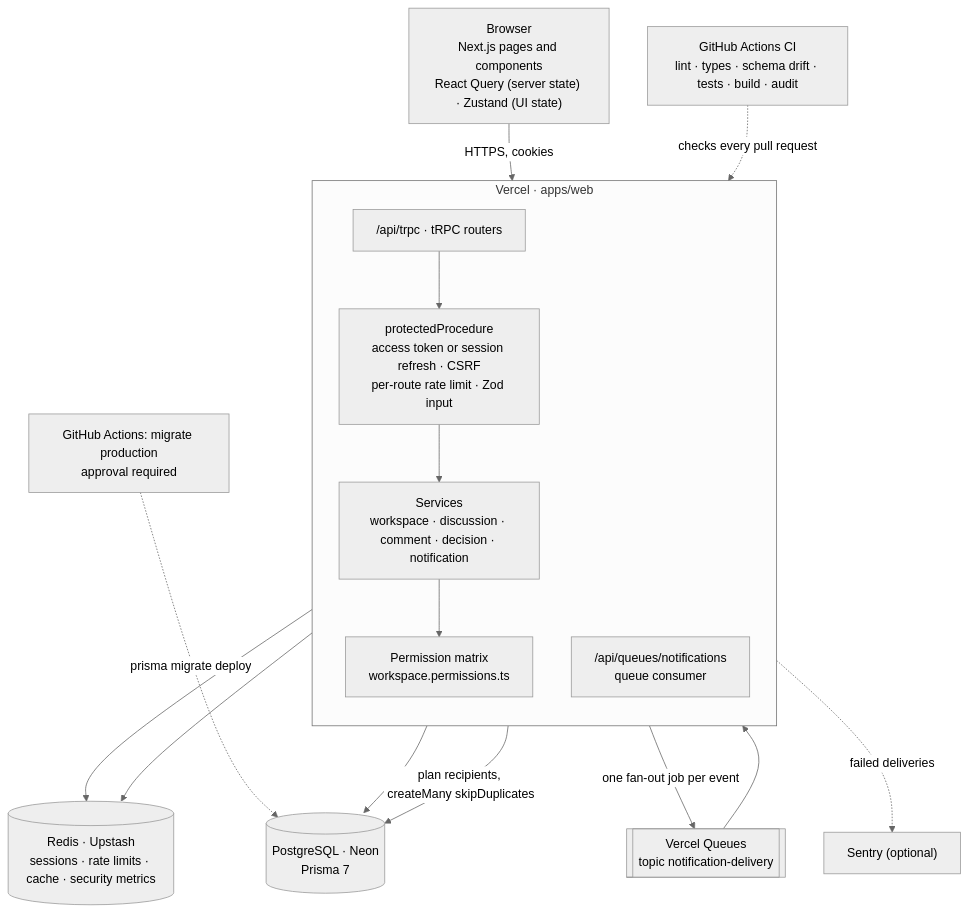
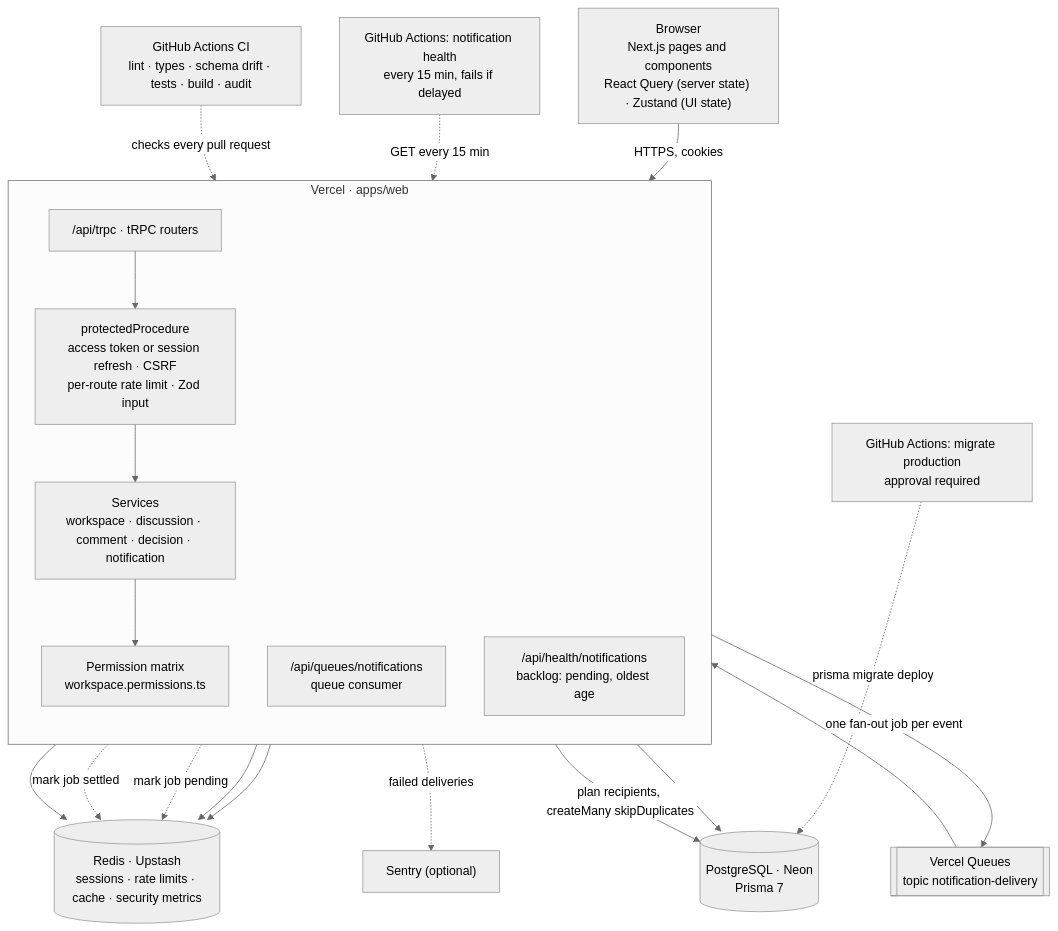
The diagram in apps/web/documentation/ARCHITECTURE-commons.md (Layconnn/collab-platform), drawn with Mermaid (neutral theme) before and after one commit. The commit also changed 9 other files, not shown here.

````diff
--- a/apps/web/documentation/ARCHITECTURE-commons.md
+++ b/apps/web/documentation/ARCHITECTURE-commons.md
@@ -20,32 +20,38 @@
 ```mermaid
 flowchart TB
   UI["Browser<br/>Next.js pages and components<br/>React Query (server state) · Zustand (UI state)"]
 
   subgraph Vercel["Vercel · apps/web"]
     direction TB
     TRPC["/api/trpc · tRPC routers"]
     MW["protectedProcedure<br/>access token or session refresh · CSRF<br/>per-route rate limit · Zod input"]
     SVC["Services<br/>workspace · discussion · comment · decision · notification"]
     PERM["Permission matrix<br/>workspace.permissions.ts"]
     CONS["/api/queues/notifications<br/>queue consumer"]
+    HEALTH["/api/health/notifications<br/>backlog: pending, oldest age"]
   end
 
   RD[("Redis · Upstash<br/>sessions · rate limits · cache · security metrics")]
   PG[("PostgreSQL · Neon<br/>Prisma 7")]
   VQ[["Vercel Queues<br/>topic notification-delivery"]]
   SEN["Sentry (optional)"]
   CI["GitHub Actions CI<br/>lint · types · schema drift · tests · build · audit"]
   MIG["GitHub Actions: migrate production<br/>approval required"]
+  NH["GitHub Actions: notification health<br/>every 15 min, fails if delayed"]
 
   UI -->|"HTTPS, cookies"| TRPC --> MW --> SVC
   SVC --> PERM
   MW --> RD
   SVC --> RD
   SVC --> PG
   SVC -->|"one fan-out job per event"| VQ
   VQ --> CONS
   CONS -->|"plan recipients, createMany skipDuplicates"| PG
   CONS -.->|"failed deliveries"| SEN
   CI -.->|"checks every pull request"| Vercel
   MIG -.->|"prisma migrate deploy"| PG
+  SVC -.->|"mark job pending"| RD
+  CONS -.->|"mark job settled"| RD
+  HEALTH --> RD
+  NH -.->|"GET every 15 min"| HEALTH
 ```
````
